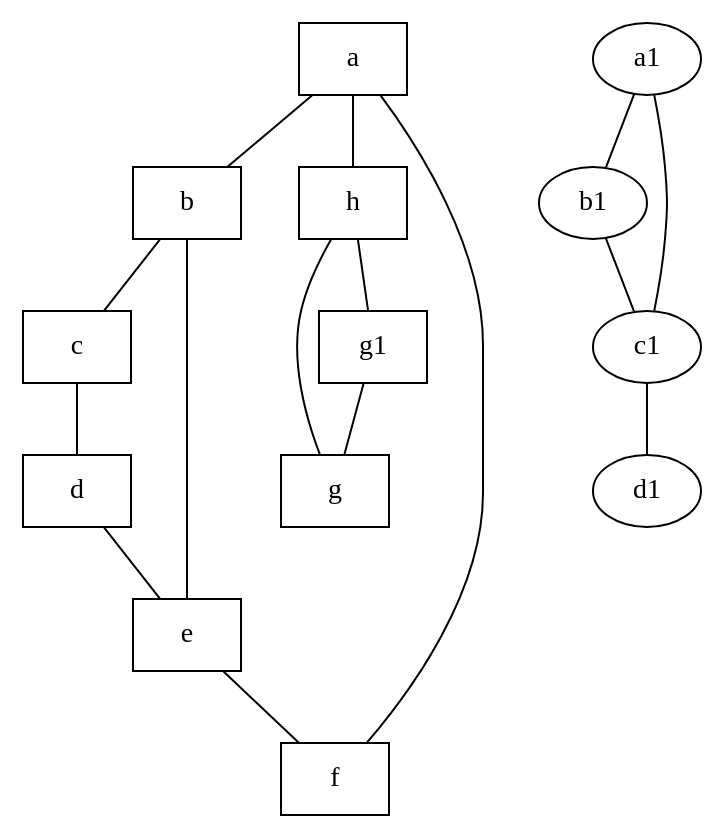
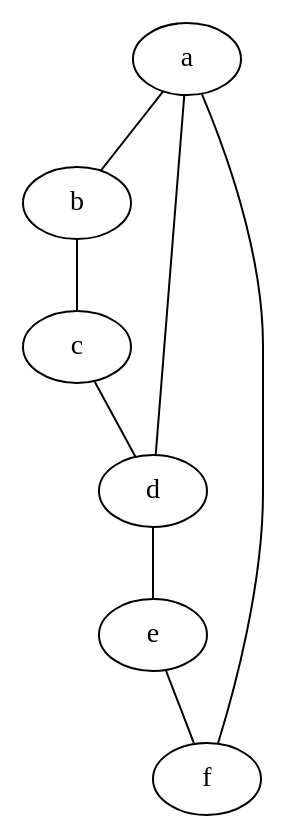
Before and after one commit to KirillBel/SoftwareDesign2013_group2: the diagram in res/files/cycles.dot, drawn with Graphviz. The commit also changed 5 other files, not shown here.

```diff
--- a/res/files/cycles.dot
+++ b/res/files/cycles.dot
@@ -1,21 +1,4 @@
 graph graphname {
-	a [shape=box];
-	b [shape=box];
-	c [shape=box];
-	d [shape=box];
-	e [shape=box];
-	f [shape=box];
-	
-	h [shape=box];
-	g [shape=box];
-	g1 [shape=box];
-
-	
      a -- b -- c -- d -- e -- f -- a;
-	 b -- e;
-	 a -- h -- g;
-	 h -- g1 -- g;
-	 
-	a1 -- b1 -- c1 -- d1;
-	a1 -- c1;	
+	 a -- d;
  }
```
